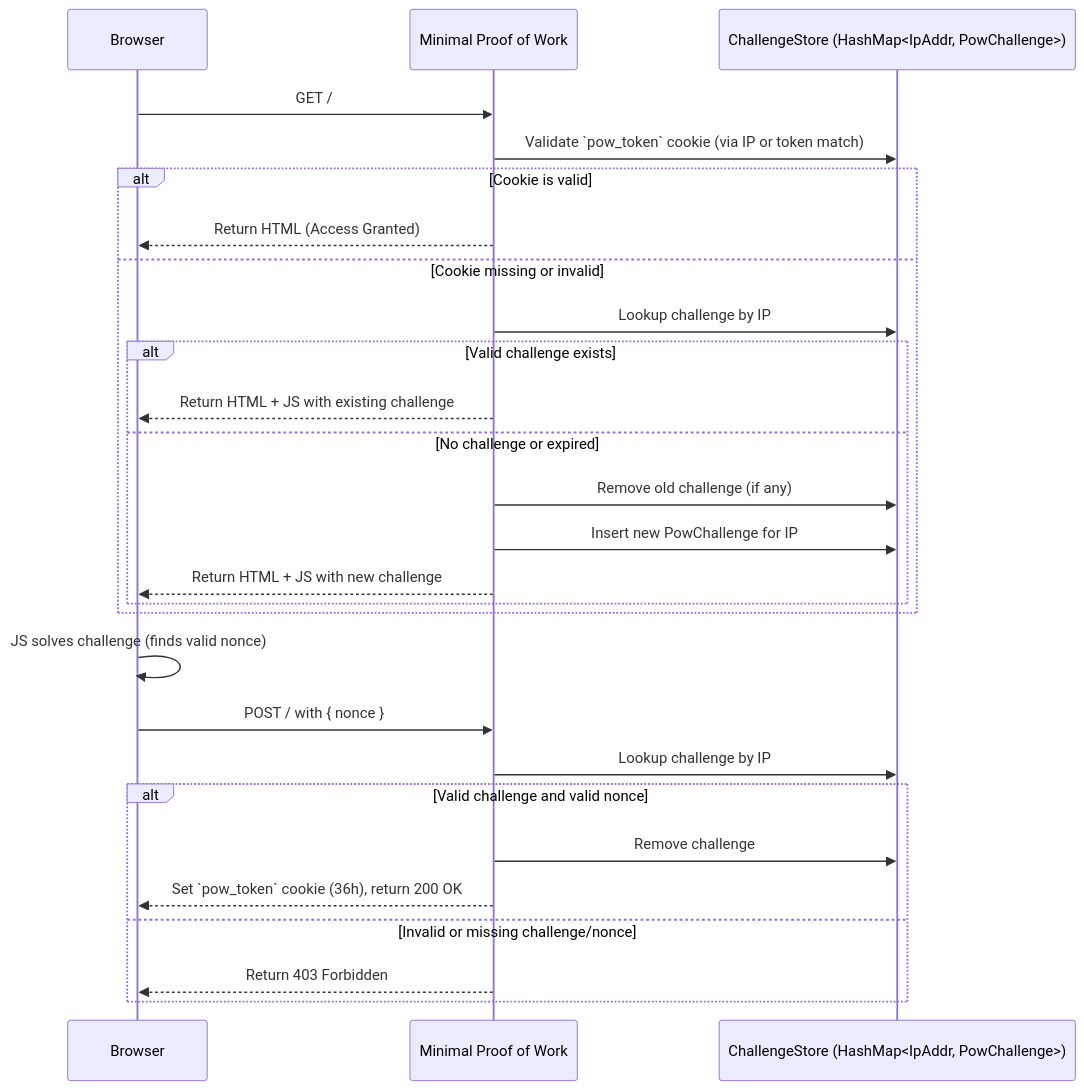
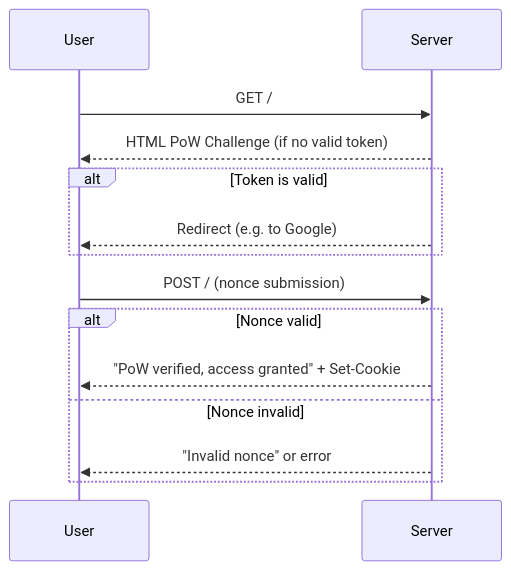
The first of 2 diagrams in README.md (KrzysztofMarciniak/mpow), drawn with Mermaid before and after one commit. The commit also changed other lines of this file and 1 other file, not shown here.

````diff
--- a/README.md
+++ b/README.md
@@ -8,33 +8,19 @@
 ```mermaid
 sequenceDiagram
-  participant Browser as Browser
-  participant Server as Minimal Proof of Work
-  participant Store as ChallengeStore (HashMap<IpAddr, PowChallenge>)
+    participant User
+    participant Server
 
-  Browser ->> Server: GET /
-  Server ->> Store: Validate `pow_token` cookie (via IP or token match)
-  alt Cookie is valid
-    Server -->> Browser: Return HTML (Access Granted)
-  else Cookie missing or invalid
-    Server ->> Store: Lookup challenge by IP
-    alt Valid challenge exists
-      Server -->> Browser: Return HTML + JS with existing challenge
-    else No challenge or expired
-      Server ->> Store: Remove old challenge (if any)
-      Server ->> Store: Insert new PowChallenge for IP
-      Server -->> Browser: Return HTML + JS with new challenge
+    User->>Server: GET /
+    Server-->>User: HTML PoW Challenge (if no valid token)
+    alt Token is valid
+        Server-->>User: Redirect (e.g. to Google)
     end
-  end
 
-  Browser ->> Browser: JS solves challenge (finds valid nonce)
-  Browser ->> Server: POST / with { nonce }
-
-  Server ->> Store: Lookup challenge by IP
-  alt Valid challenge and valid nonce
-    Server ->> Store: Remove challenge
-    Server -->> Browser: Set `pow_token` cookie (36h), return 200 OK
-  else Invalid or missing challenge/nonce
-    Server -->> Browser: Return 403 Forbidden
-  end
+    User->>Server: POST / (nonce submission)
+    alt Nonce valid
+        Server-->>User: "PoW verified, access granted" + Set-Cookie
+    else Nonce invalid
+        Server-->>User: "Invalid nonce" or error
+    end
 
 ```
````
